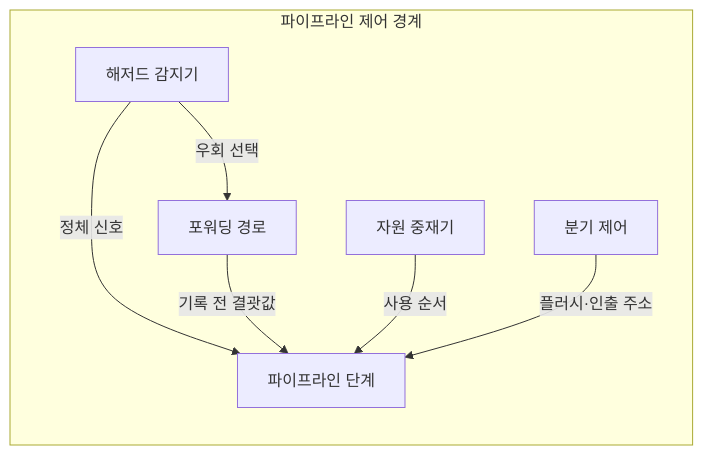
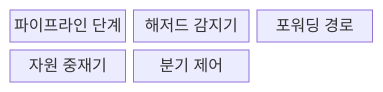
The first of 2 diagrams in src/content/docs/notes/02-hardware/007_pipeline_hazards.md (agnusdei1207/knowledge-base), drawn with Mermaid before and after one commit. The commit also changed other lines of this file and 20 other files, not shown here.

````diff
--- a/src/content/docs/notes/02-hardware/007_pipeline_hazards.md
+++ b/src/content/docs/notes/02-hardware/007_pipeline_hazards.md
@@ -66,15 +64,10 @@
 ```mermaid
-flowchart LR
-    subgraph CORE["파이프라인 제어 경계"]
-        P["파이프라인 단계"]
-        H["해저드 감지기"]
-        F["포워딩 경로"]
-        R["자원 중재기"]
-        B["분기 제어"]
-        H -->|정체 신호| P
-        H -->|우회 선택| F
-        F -->|기록 전 결괏값| P
-        R -->|사용 순서| P
-        B -->|플러시·인출 주소| P
-    end
+block
+    columns 3
+    P["파이프라인 단계"]
+    H["해저드 감지기"]
+    F["포워딩 경로"]
+    R["자원 중재기"]
+    B["분기 제어"]
+    space
 ```
````
